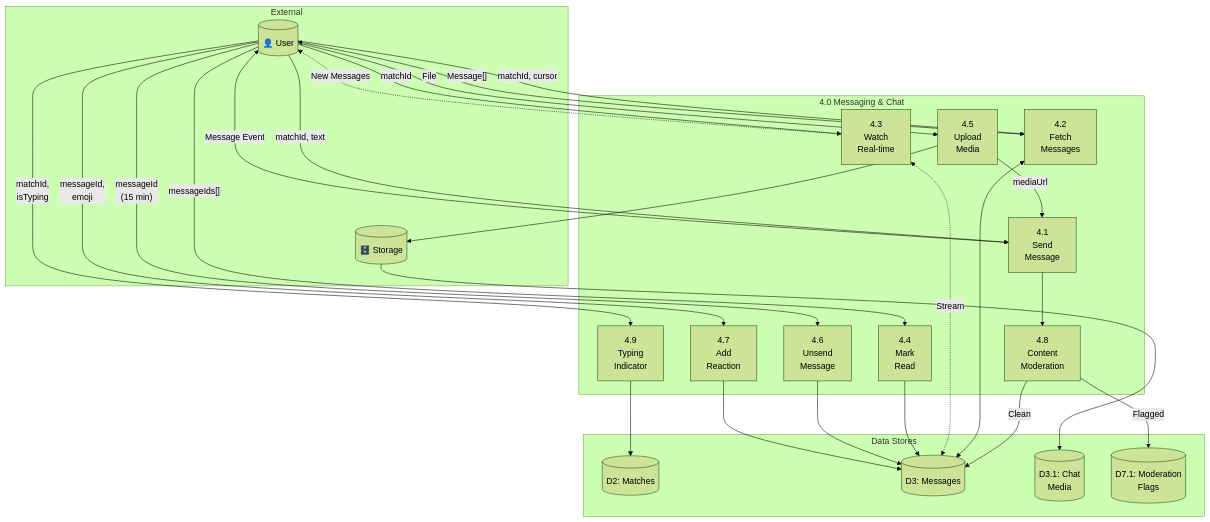
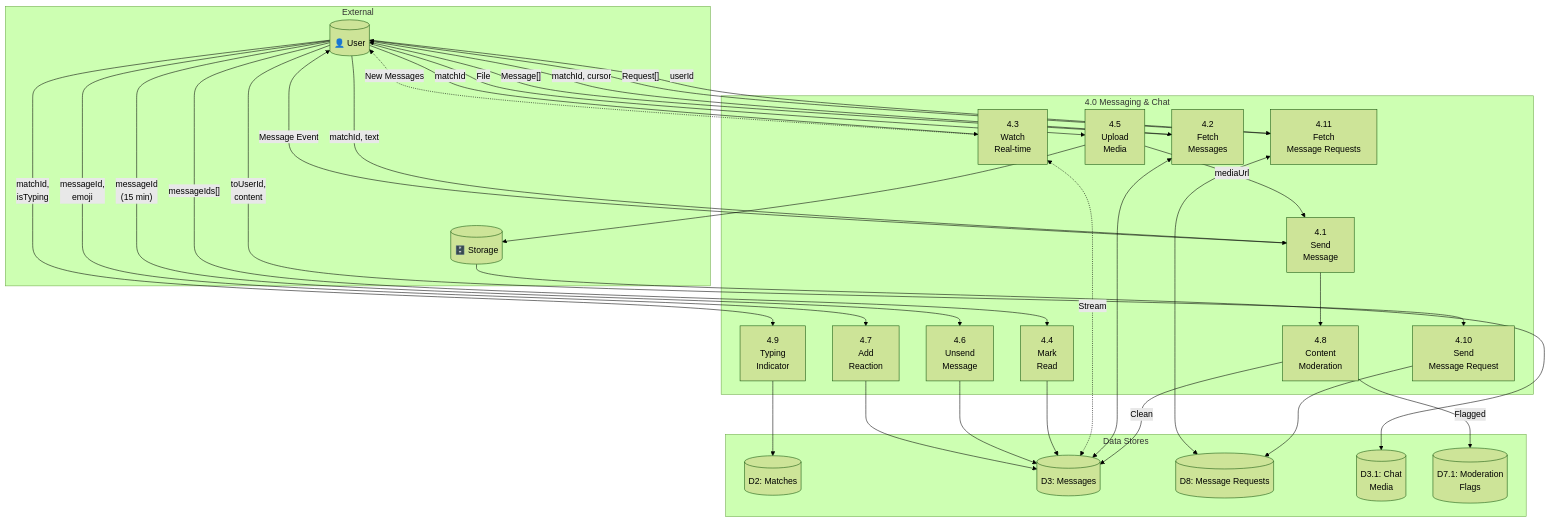
One commit to Aceadk/my_first_project changed the sixth of 17 diagrams in docs/project_dfd.md. Above: the diagram before and after it, drawn with Mermaid (forest theme). The commit also changed other lines of this file and 42 other files, not shown here.

````diff
--- a/docs/project_dfd.md
+++ b/docs/project_dfd.md
@@ -394,57 +396,67 @@
 ```mermaid
 flowchart TB
     subgraph External
         U[("👤 User")]
         FB_ST[("🗄️ Storage")]
     end
 
     subgraph "4.0 Messaging & Chat"
         P4_1["4.1<br/>Send<br/>Message"]
         P4_2["4.2<br/>Fetch<br/>Messages"]
         P4_3["4.3<br/>Watch<br/>Real-time"]
         P4_4["4.4<br/>Mark<br/>Read"]
         P4_5["4.5<br/>Upload<br/>Media"]
         P4_6["4.6<br/>Unsend<br/>Message"]
         P4_7["4.7<br/>Add<br/>Reaction"]
         P4_8["4.8<br/>Content<br/>Moderation"]
         P4_9["4.9<br/>Typing<br/>Indicator"]
+        P4_10["4.10<br/>Send<br/>Message Request"]
+        P4_11["4.11<br/>Fetch<br/>Message Requests"]
     end
 
     subgraph "Data Stores"
         DS2[("D2: Matches")]
         DS3[("D3: Messages")]
+        DS8[("D8: Message Requests")]
         DS_MEDIA[("D3.1: Chat<br/>Media")]
         DS_FLAGS[("D7.1: Moderation<br/>Flags")]
     end
 
     U -->|"matchId, text"| P4_1
     P4_1 --> P4_8
     P4_8 -->|"Clean"| DS3
     P4_8 -->|"Flagged"| DS_FLAGS
     P4_1 -->|"Message Event"| U
 
     U -->|"matchId, cursor"| P4_2
     P4_2 <--> DS3
     P4_2 -->|"Message[]"| U
 
     U -->|"matchId"| P4_3
     P4_3 <-.->|"Stream"| DS3
     P4_3 -.->|"New Messages"| U
 
     U -->|"messageIds[]"| P4_4
     P4_4 --> DS3
 
     U -->|"File"| P4_5
     P4_5 --> FB_ST
     FB_ST --> DS_MEDIA
     P4_5 -->|"mediaUrl"| P4_1
 
     U -->|"messageId<br/>(15 min)"| P4_6
     P4_6 --> DS3
 
     U -->|"messageId,<br/>emoji"| P4_7
     P4_7 --> DS3
 
     U -->|"matchId,<br/>isTyping"| P4_9
     P4_9 --> DS2
+
+    U -->|"toUserId,<br/>content"| P4_10
+    P4_10 --> DS8
+
+    U -->|"userId"| P4_11
+    P4_11 <--> DS8
+    P4_11 -->|"Request[]"| U
 ```
````
